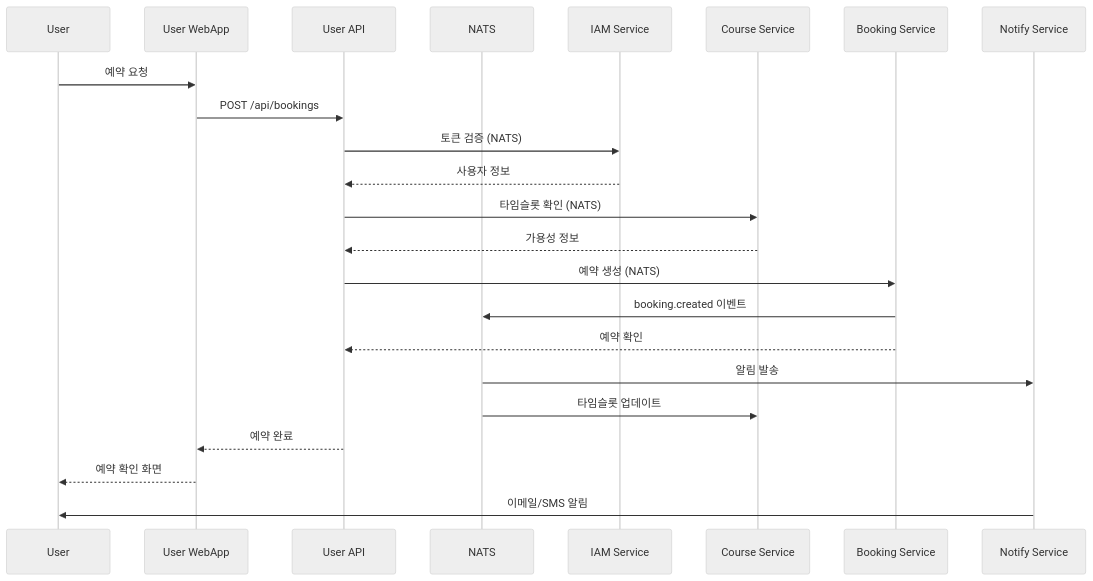
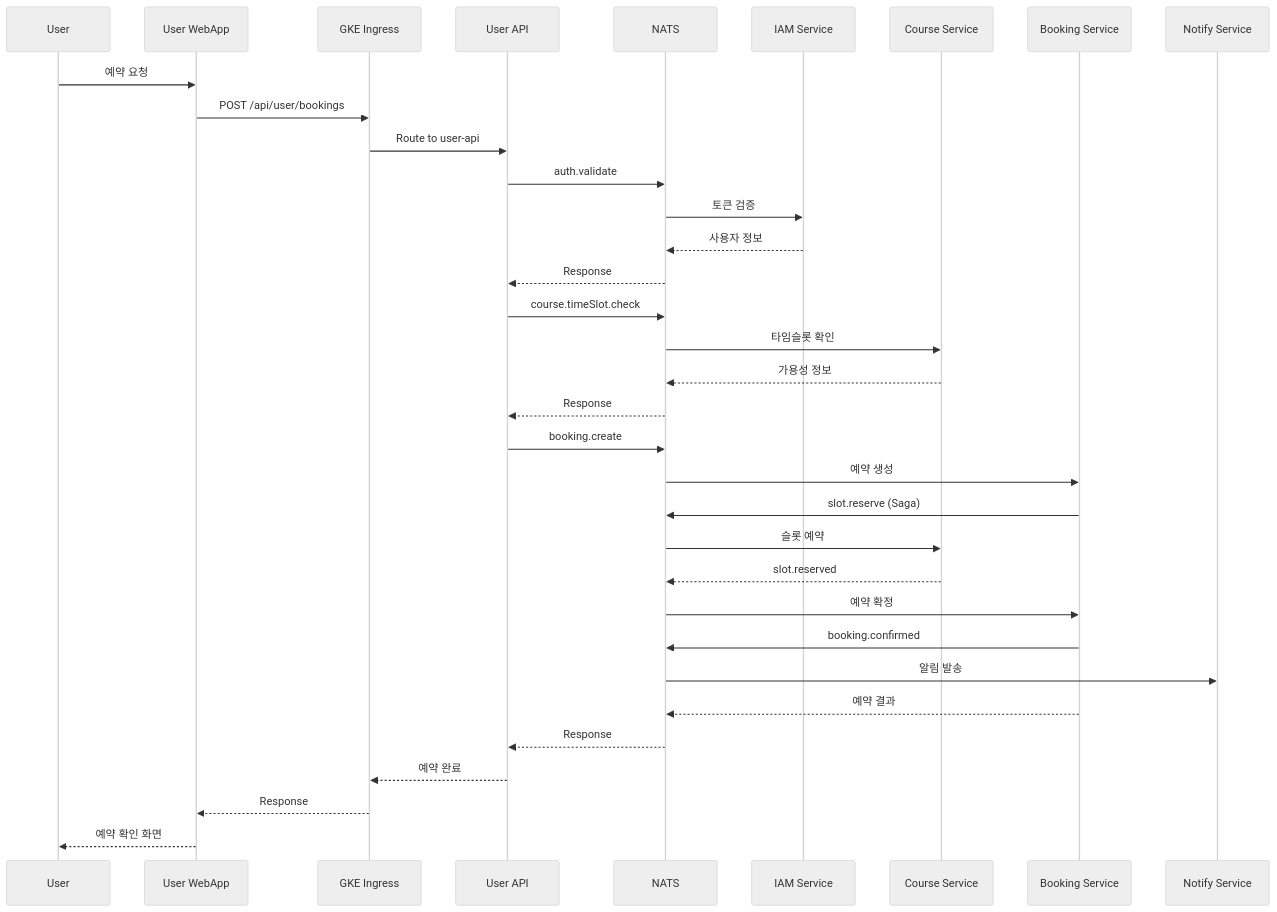
One commit to uniyous/parkgolf-platform changed the second of 8 diagrams in docs/ARCHITECTURE.md. Above: the diagram before and after it, drawn with Mermaid (neutral theme). The commit also changed other lines of this file and 2 other files, not shown here.

First line of the commit message:
docs: GKE Autopilot 환경으로 문서 업데이트

````diff
--- a/docs/ARCHITECTURE.md
+++ b/docs/ARCHITECTURE.md
@@ -124,26 +120,37 @@
 ```mermaid
 sequenceDiagram
     participant U as User
     participant UW as User WebApp
+    participant ING as GKE Ingress
     participant UAPI as User API
     participant NATS as NATS
     participant AUTH as IAM Service
     participant COURSE as Course Service
     participant BOOK as Booking Service
     participant NOTIFY as Notify Service
 
     U->>UW: 예약 요청
-    UW->>UAPI: POST /api/bookings
-    UAPI->>AUTH: 토큰 검증 (NATS)
-    AUTH-->>UAPI: 사용자 정보
-    UAPI->>COURSE: 타임슬롯 확인 (NATS)
-    COURSE-->>UAPI: 가용성 정보
-    UAPI->>BOOK: 예약 생성 (NATS)
-    BOOK->>NATS: booking.created 이벤트
-    BOOK-->>UAPI: 예약 확인
+    UW->>ING: POST /api/user/bookings
+    ING->>UAPI: Route to user-api
+    UAPI->>NATS: auth.validate
+    NATS->>AUTH: 토큰 검증
+    AUTH-->>NATS: 사용자 정보
+    NATS-->>UAPI: Response
+    UAPI->>NATS: course.timeSlot.check
+    NATS->>COURSE: 타임슬롯 확인
+    COURSE-->>NATS: 가용성 정보
+    NATS-->>UAPI: Response
+    UAPI->>NATS: booking.create
+    NATS->>BOOK: 예약 생성
+    BOOK->>NATS: slot.reserve (Saga)
+    NATS->>COURSE: 슬롯 예약
+    COURSE-->>NATS: slot.reserved
+    NATS->>BOOK: 예약 확정
+    BOOK->>NATS: booking.confirmed
     NATS->>NOTIFY: 알림 발송
-    NATS->>COURSE: 타임슬롯 업데이트
-    UAPI-->>UW: 예약 완료
+    BOOK-->>NATS: 예약 결과
+    NATS-->>UAPI: Response
+    UAPI-->>ING: 예약 완료
+    ING-->>UW: Response
     UW-->>U: 예약 확인 화면
-    NOTIFY->>U: 이메일/SMS 알림
 ```
````
